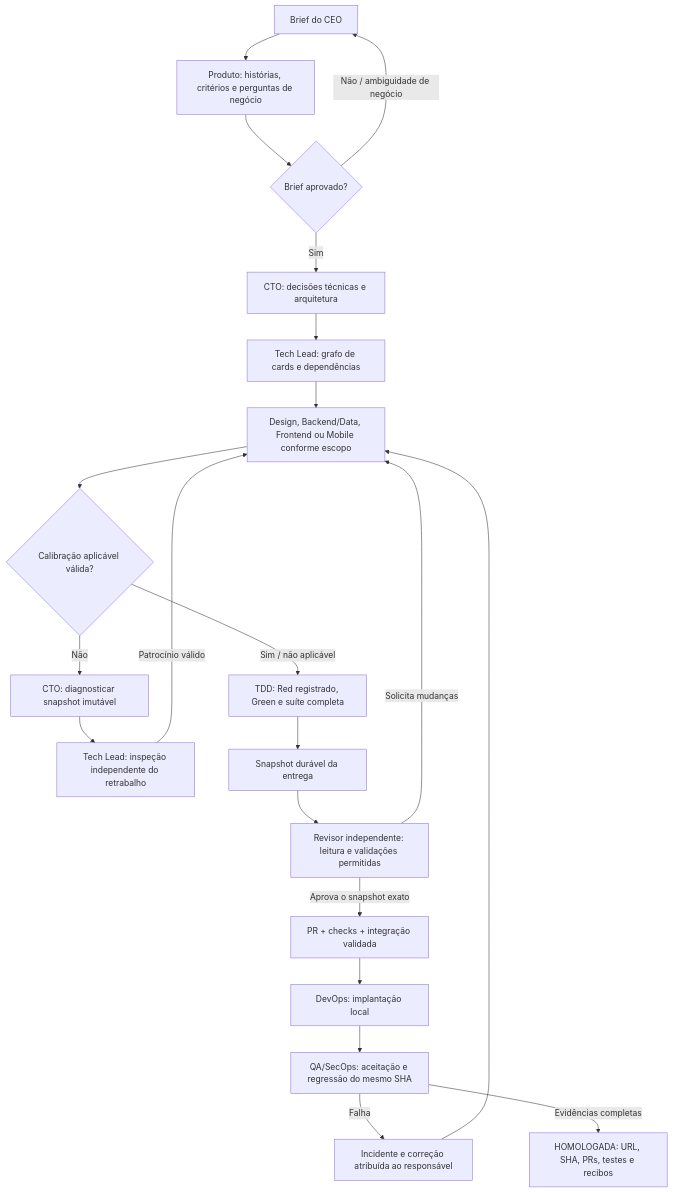
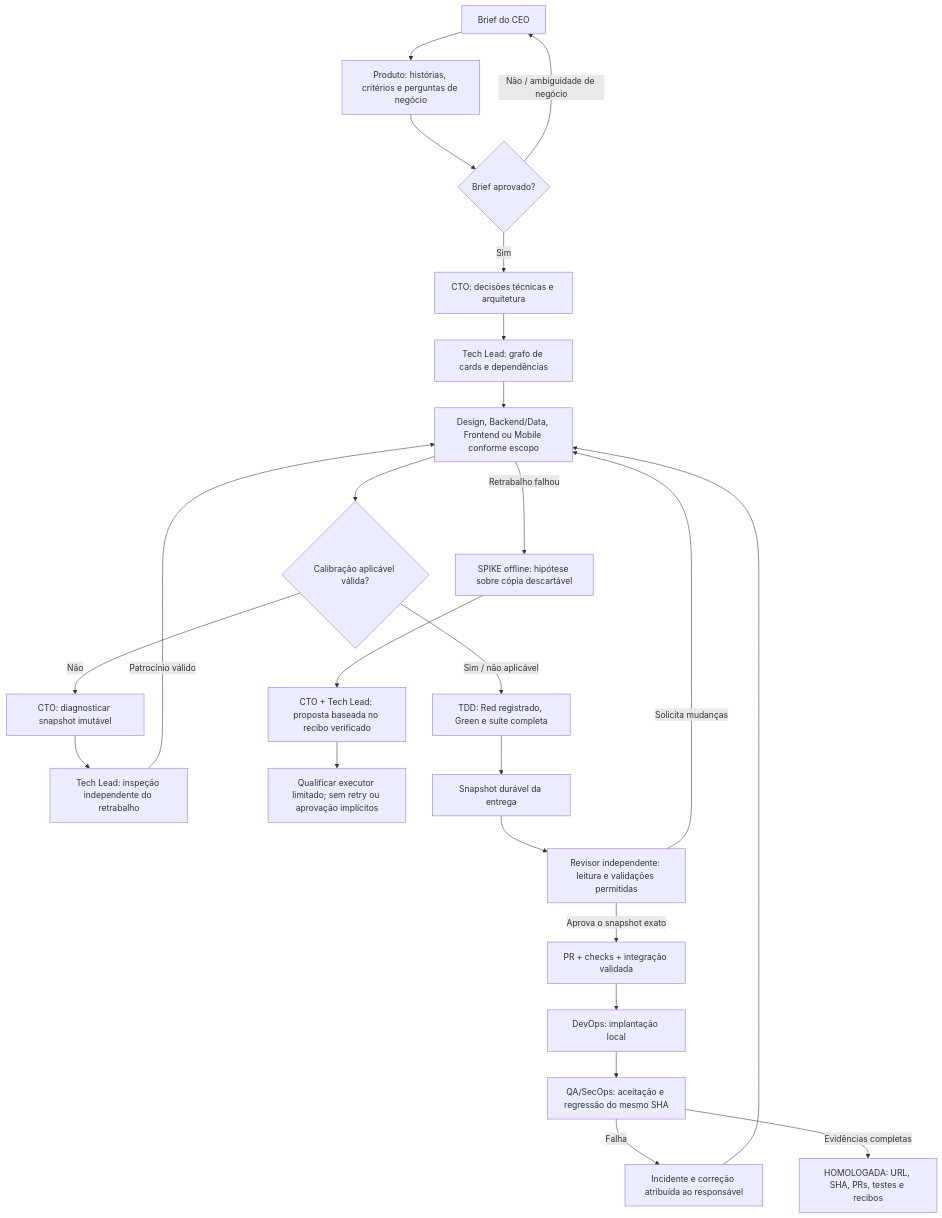
One commit to codifydeep/fabriquinha changed the second of 3 diagrams in README.md. Above: the diagram before and after it, drawn with Mermaid. The commit also changed other lines of this file and 9 other files, not shown here.

````diff
--- a/README.md
+++ b/README.md
@@ -121,23 +131,26 @@
 ```mermaid
 flowchart TD
     A[Brief do CEO] --> B[Produto: histórias, critérios e perguntas de negócio]
     B --> C{Brief aprovado?}
     C -->|Não / ambiguidade de negócio| A
     C -->|Sim| D[CTO: decisões técnicas e arquitetura]
     D --> E[Tech Lead: grafo de cards e dependências]
     E --> F[Design, Backend/Data, Frontend ou Mobile conforme escopo]
     F --> CG{Calibração aplicável válida?}
     CG -->|Sim / não aplicável| G[TDD: Red registrado, Green e suíte completa]
     CG -->|Não| CD[CTO: diagnosticar snapshot imutável]
     CD --> CP[Tech Lead: inspeção independente do retrabalho]
     CP -->|Patrocínio válido| F
+    F -->|Retrabalho falhou| CF[SPIKE offline: hipótese sobre cópia descartável]
+    CF --> DP[CTO + Tech Lead: proposta baseada no recibo verificado]
+    DP --> QE[Qualificar executor limitado; sem retry ou aprovação implícitos]
     G --> H[Snapshot durável da entrega]
     H --> I[Revisor independente: leitura e validações permitidas]
     I -->|Solicita mudanças| F
     I -->|Aprova o snapshot exato| J[PR + checks + integração validada]
     J --> K[DevOps: implantação local]
     K --> L[QA/SecOps: aceitação e regressão do mesmo SHA]
     L -->|Falha| X[Incidente e correção atribuída ao responsável]
     X --> F
     L -->|Evidências completas| Z[HOMOLOGADA: URL, SHA, PRs, testes e recibos]
 ```
````
